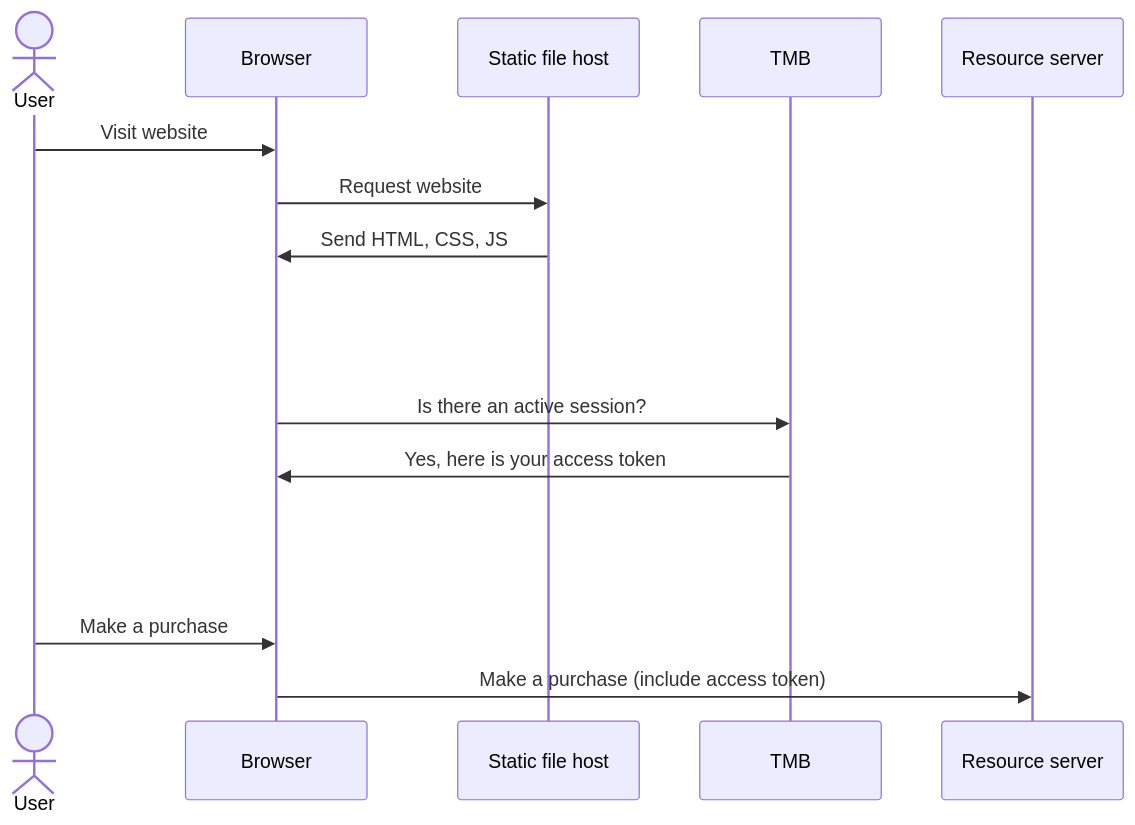
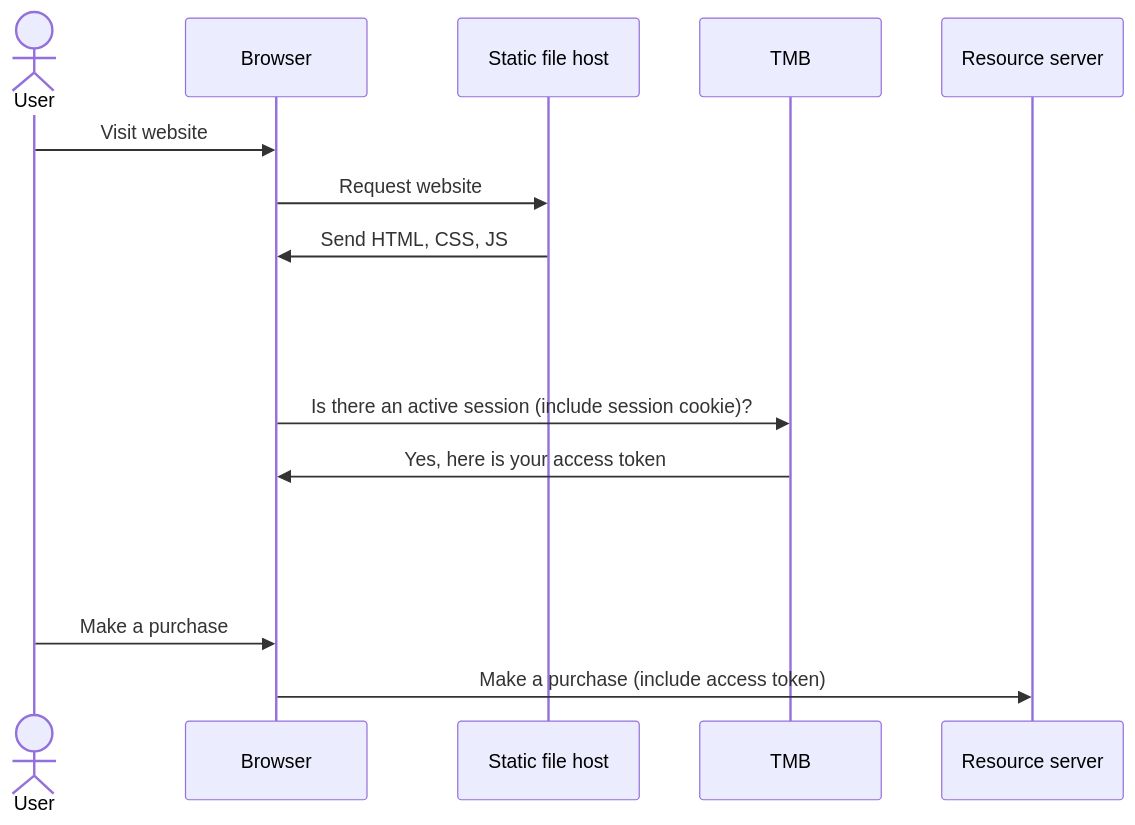
One commit to FusionAuth/fusionauth-site changed the first of 2 diagrams in astro/src/content/blog/auth-architecture-part2-TMB.mdx. Above: the diagram before and after it, drawn with Mermaid. The commit also changed other lines of this file, not shown here.

````diff
--- a/astro/src/content/blog/auth-architecture-part2-TMB.mdx
+++ b/astro/src/content/blog/auth-architecture-part2-TMB.mdx
@@ -121,21 +121,21 @@
 ```mermaid
 sequenceDiagram
 	%%{init:{"themeVariables": { "noteBkgColor":"transparent", "noteTextColor":"transparent", "noteBorderColor":"transparent" }}}%%
 	actor U as User
 	participant B as Browser
 	participant F as Static file host
 	participant T as TMB
 	participant R as Resource server
 
 	U->>B: Visit website
 	B->>F: Request website
 	F->>B: Send HTML, CSS, JS
 	Note over B,T: .
 	Note over B,T: .
-	B->>T: Is there an active session?
+	B->>T: Is there an active session (include session cookie)?
 	T->>B: Yes, here is your access token
 	Note over B,T: .
 	Note over B,T: .
 	U->>B: Make a purchase
 	B->>R: Make a purchase (include access token)
 ```
````
